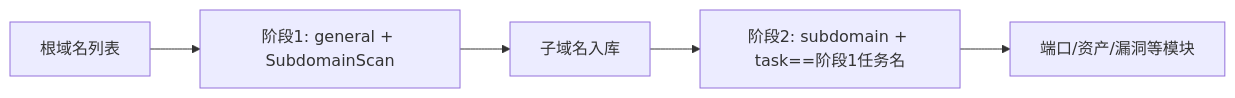
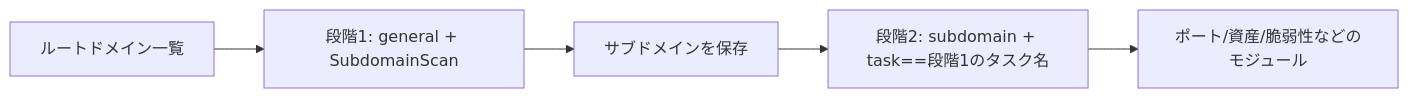
Before and after one commit to hara-kazu/ARTEX-Japanese: the diagram in skills/scopesentry/SKILL.md, drawn with Mermaid. The commit also changed other lines of this file and 140 other files, not shown here.

````diff
--- a/skills/scopesentry/SKILL.md
+++ b/skills/scopesentry/SKILL.md
@@ -164,7 +164,7 @@
 ```mermaid
 flowchart LR
-  A[根域名列表] --> B[阶段1: general + SubdomainScan]
-  B --> C[子域名入库]
-  C --> D[阶段2: subdomain + task==阶段1任务名]
-  D --> E[端口/资产/漏洞等模块]
+  A[ルートドメイン一覧] --> B[段階1: general + SubdomainScan]
+  B --> C[サブドメインを保存]
+  C --> D[段階2: subdomain + task==段階1のタスク名]
+  D --> E[ポート/資産/脆弱性などのモジュール]
 ```
````
